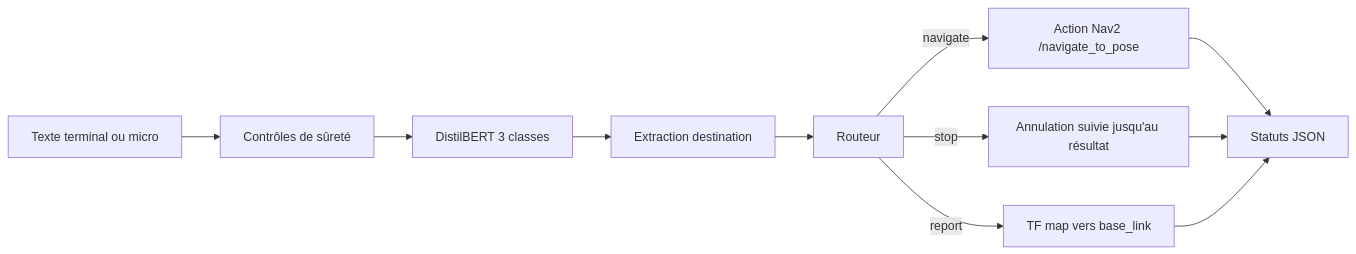
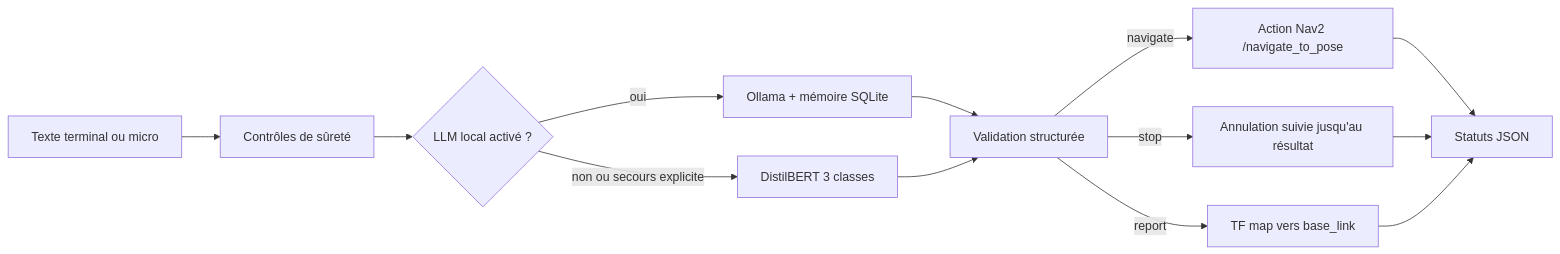
The diagram in README.md (yayaSB/NLP-Robot-Commander), drawn with Mermaid before and after one commit. The commit also changed other lines of this file and 21 other files, not shown here.

Commit message:
Ajout du LLM local, de la memoire et du guide VS Code

````diff
--- a/README.md
+++ b/README.md
@@ -27,13 +27,15 @@
 ```mermaid
 flowchart LR
     A[Texte terminal ou micro] --> B[Contrôles de sûreté]
-    B --> C[DistilBERT 3 classes]
-    C --> D[Extraction destination]
-    D --> E[Routeur]
+    B --> C{LLM local activé ?}
+    C -->|oui| M[Ollama + mémoire SQLite]
+    C -->|non ou secours explicite| D[DistilBERT 3 classes]
+    M --> E[Validation structurée]
+    D --> E
     E -->|navigate| F[Action Nav2 /navigate_to_pose]
     E -->|stop| G[Annulation suivie jusqu'au résultat]
     E -->|report| H[TF map vers base_link]
     F --> I[Statuts JSON]
     G --> I
     H --> I
 ```
````
